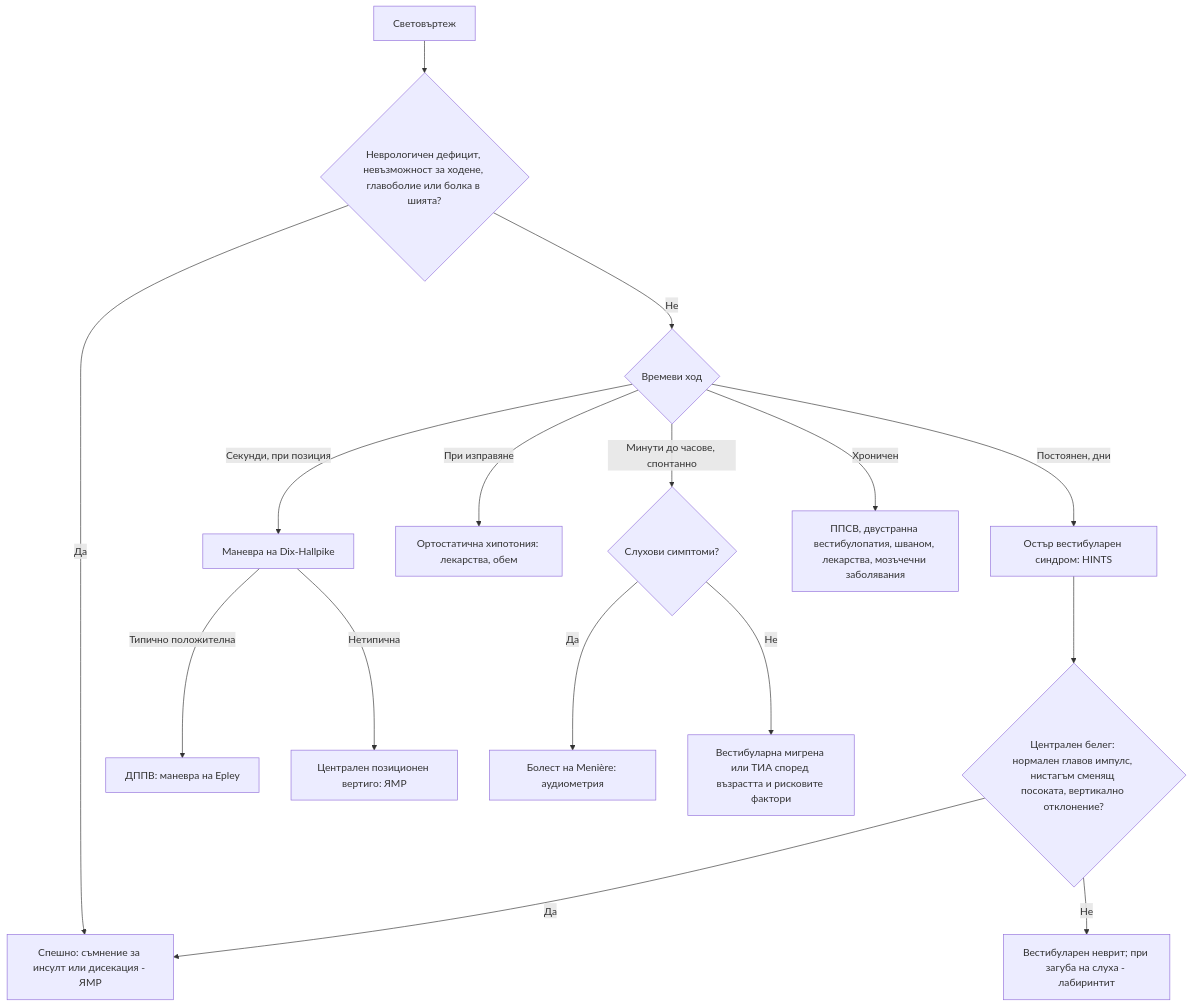
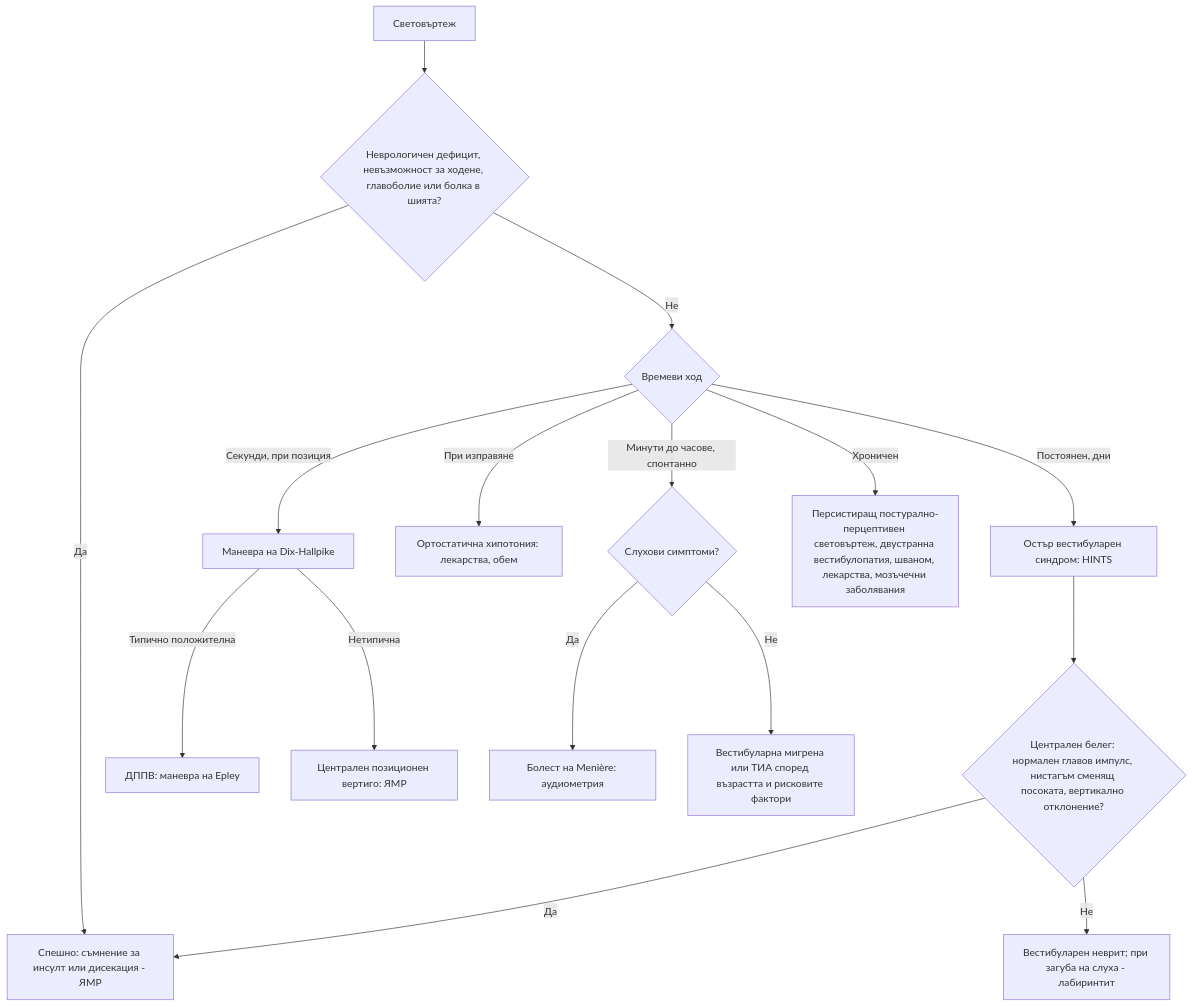
Before and after one commit to yancho26/yancho: the diagram in glavi/41-svetovartezh.md, drawn with Mermaid. The commit also changed other lines of this file and 46 other files, not shown here.

````diff
--- a/glavi/41-svetovartezh.md
+++ b/glavi/41-svetovartezh.md
@@ -161,18 +161,18 @@
 ```mermaid
 flowchart TD
     A["Световъртеж"] --> B{"Неврологичен дефицит, невъзможност за ходене, главоболие или болка в шията?"}
     B -->|Да| C["Спешно: съмнение за инсулт или дисекация - ЯМР"]
     B -->|Не| D{"Времеви ход"}
     D -->|Постоянен, дни| E["Остър вестибуларен синдром: HINTS"]
     E --> F{"Централен белег: нормален главов импулс, нистагъм сменящ посоката, вертикално отклонение?"}
     F -->|Да| C
     F -->|Не| G["Вестибуларен неврит; при загуба на слуха - лабиринтит"]
     D -->|Секунди, при позиция| H["Маневра на Dix-Hallpike"]
     H -->|Типично положителна| I["ДППВ: маневра на Epley"]
     H -->|Нетипична| J["Централен позиционен вертиго: ЯМР"]
     D -->|При изправяне| K["Ортостатична хипотония: лекарства, обем"]
     D -->|Минути до часове, спонтанно| L{"Слухови симптоми?"}
     L -->|Да| M["Болест на Menière: аудиометрия"]
     L -->|Не| N["Вестибуларна мигрена или ТИА според възрастта и рисковите фактори"]
-    D -->|Хроничен| O["ППСВ, двустранна вестибулопатия, шваном, лекарства, мозъчечни заболявания"]
+    D -->|Хроничен| O["Персистиращ постурално-перцептивен световъртеж, двустранна вестибулопатия, шваном, лекарства, мозъчечни заболявания"]
 ```
````
